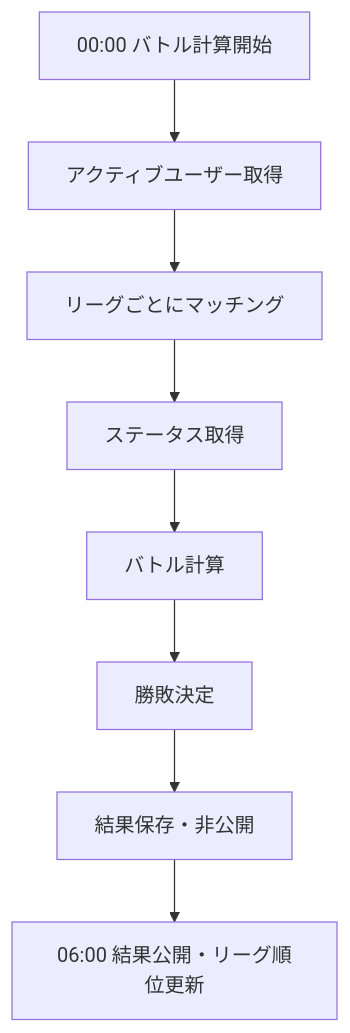
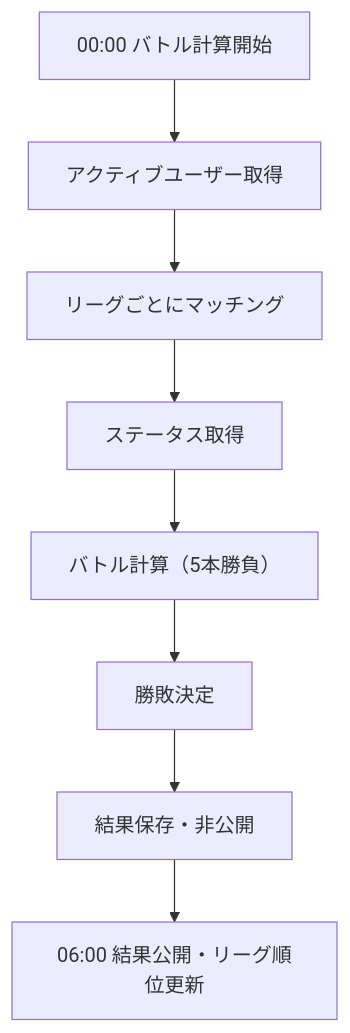
One commit to ShotaMiwa/Task-Apps changed the third of 4 diagrams in docs/spec.md. Above: the diagram before and after it, drawn with Mermaid. The commit also changed other lines of this file, not shown here.

````diff
--- a/docs/spec.md
+++ b/docs/spec.md
@@ -270,10 +299,10 @@
 ```mermaid
 flowchart TD
   A[00:00 バトル計算開始] --> B[アクティブユーザー取得]
   B --> C[リーグごとにマッチング]
   C --> D[ステータス取得]
-  D --> E[バトル計算]
+  D --> E[バトル計算（5本勝負）]
   E --> F[勝敗決定]
   F --> G[結果保存・非公開]
   G --> H[06:00 結果公開・リーグ順位更新]
 ```
````
